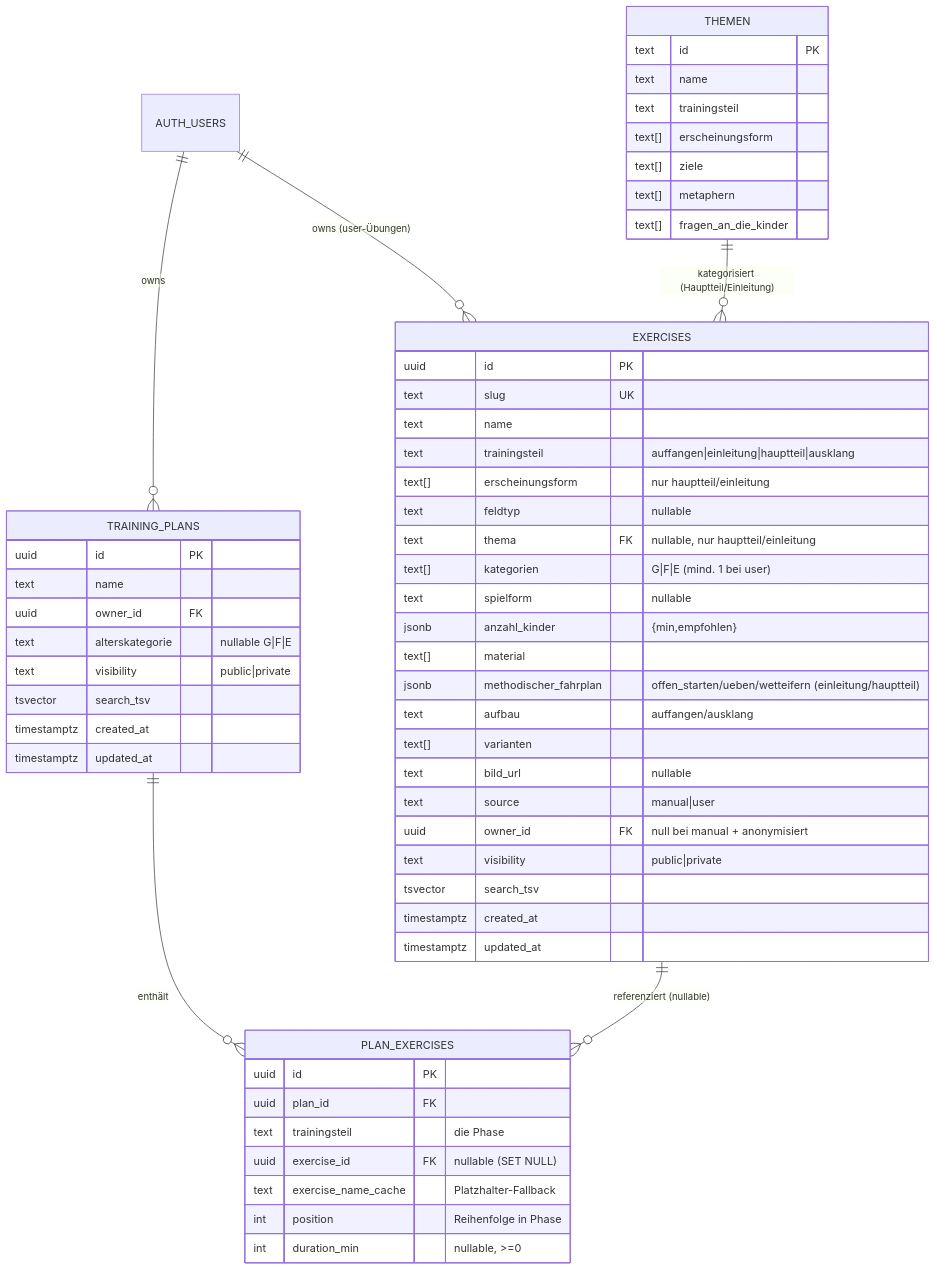
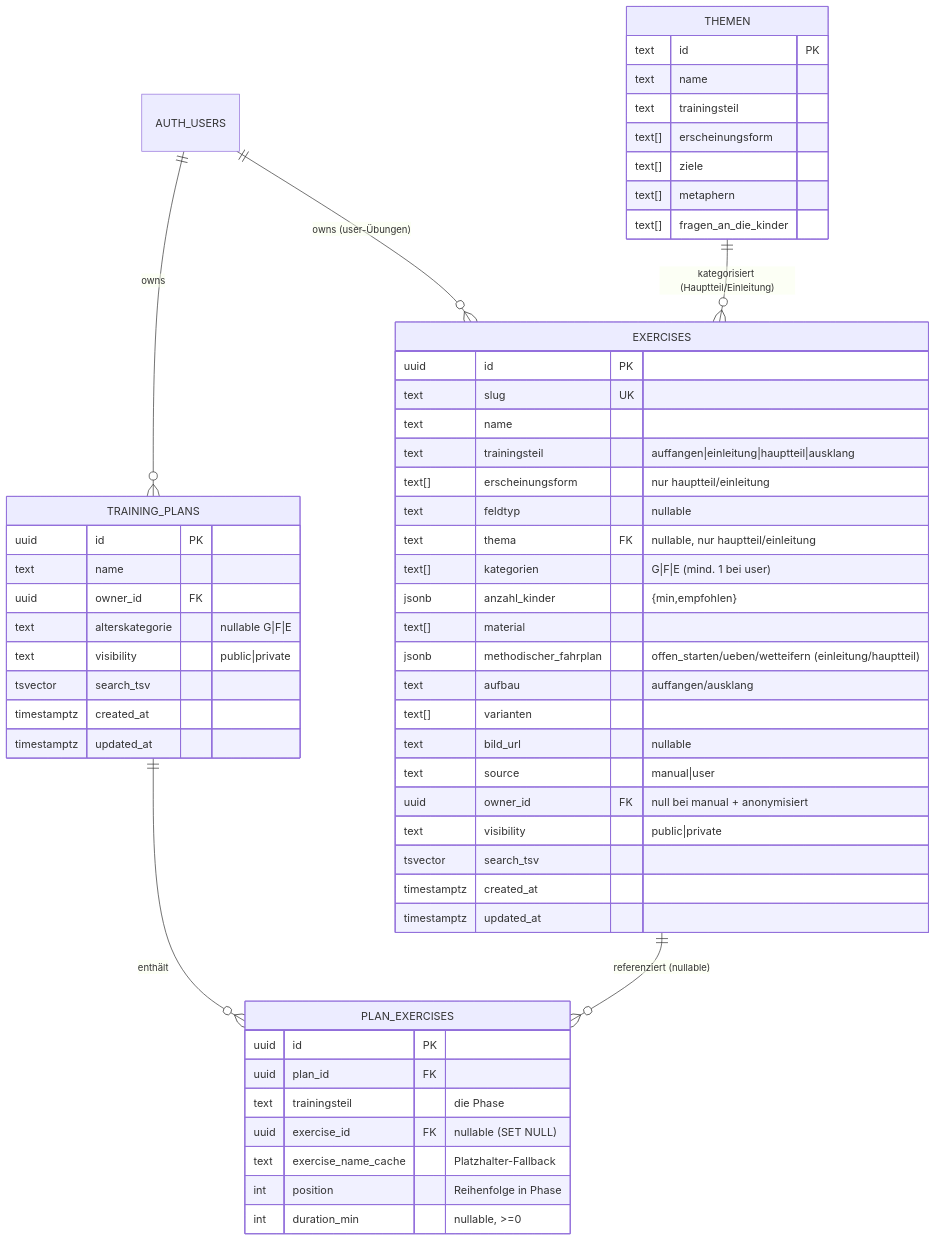
Before and after one commit to adbstyle/kifutraining: the fifth of 6 diagrams in docs/superpowers/specs/2026-05-31-kifu-architektur-mvp.md, drawn with Mermaid. The commit also changed other lines of this file and 114 other files, not shown here.

````diff
--- a/docs/superpowers/specs/2026-05-31-kifu-architektur-mvp.md
+++ b/docs/superpowers/specs/2026-05-31-kifu-architektur-mvp.md
@@ -209,60 +209,59 @@
 ```mermaid
 erDiagram
     AUTH_USERS ||--o{ EXERCISES : "owns (user-Übungen)"
     AUTH_USERS ||--o{ TRAINING_PLANS : owns
     THEMEN ||--o{ EXERCISES : "kategorisiert (Hauptteil/Einleitung)"
     TRAINING_PLANS ||--o{ PLAN_EXERCISES : enthält
     EXERCISES ||--o{ PLAN_EXERCISES : "referenziert (nullable)"
 
     EXERCISES {
         uuid id PK
         text slug UK
         text name
         text trainingsteil "auffangen|einleitung|hauptteil|ausklang"
         text[] erscheinungsform "nur hauptteil/einleitung"
         text feldtyp "nullable"
         text thema FK "nullable, nur hauptteil/einleitung"
         text[] kategorien "G|F|E (mind. 1 bei user)"
-        text spielform "nullable"
         jsonb anzahl_kinder "{min,empfohlen}"
         text[] material
         jsonb methodischer_fahrplan "offen_starten/ueben/wetteifern (einleitung/hauptteil)"
         text aufbau "auffangen/ausklang"
         text[] varianten
         text bild_url "nullable"
         text source "manual|user"
         uuid owner_id FK "null bei manual + anonymisiert"
         text visibility "public|private"
         tsvector search_tsv
         timestamptz created_at
         timestamptz updated_at
     }
     THEMEN {
         text id PK
         text name
         text trainingsteil
         text[] erscheinungsform
         text[] ziele
         text[] metaphern
         text[] fragen_an_die_kinder
     }
     TRAINING_PLANS {
         uuid id PK
         text name
         uuid owner_id FK
         text alterskategorie "nullable G|F|E"
         text visibility "public|private"
         tsvector search_tsv
         timestamptz created_at
         timestamptz updated_at
     }
     PLAN_EXERCISES {
         uuid id PK
         uuid plan_id FK
         text trainingsteil "die Phase"
         uuid exercise_id FK "nullable (SET NULL)"
         text exercise_name_cache "Platzhalter-Fallback"
         int position "Reihenfolge in Phase"
         int duration_min "nullable, >=0"
     }
 ```
````
